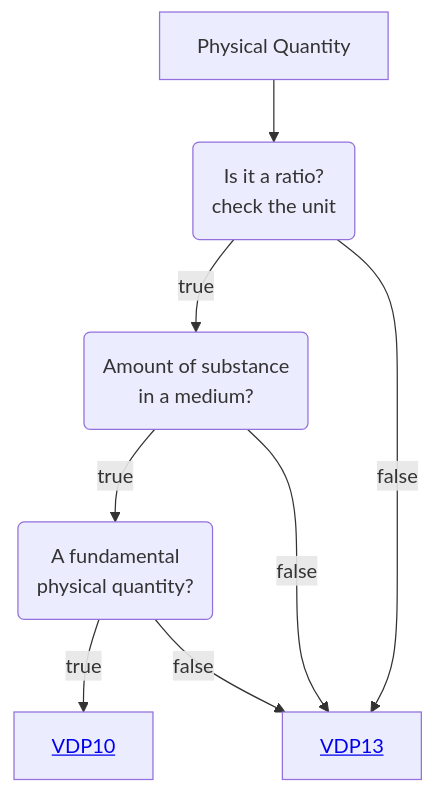
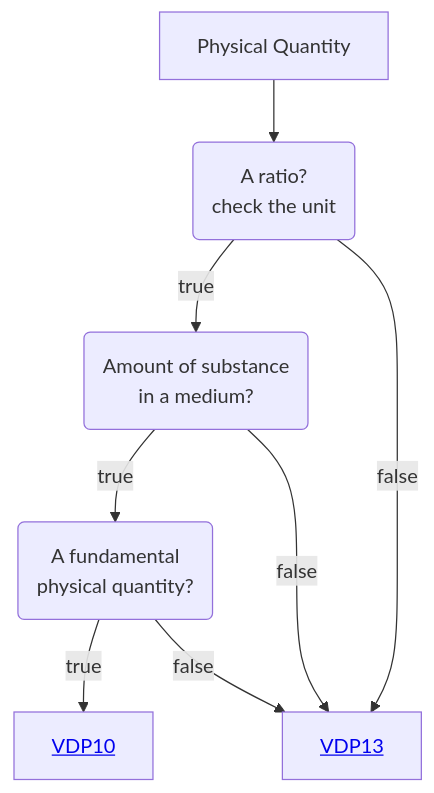
One commit to mabablue/I-ADOPT-patterns-playground changed the diagram in Decisition_trees/DT2.mmd. Above: the diagram before and after it, drawn with Mermaid.

```diff
--- a/Decisition_trees/DT2.mmd
+++ b/Decisition_trees/DT2.mmd
@@ -1,8 +1,8 @@
 flowchart TD
-    A[Physical Quantity] --> B(Is it a ratio?<br>check the unit)
+    A[Physical Quantity] --> B(A ratio?<br>check the unit)
     B --> |true|C(Amount of substance <br> in a medium?) 
     B --> |false|D[<a href='https://github.com/mabablue/I-ADOPT-patterns-playground/blob/main/pattern/VDP13.yaml'>VDP13</a>]
     C --> |true|E(A fundamental <br> physical quantity?)
     C --> |false|D
     E --> |true|F[<a href='https://github.com/mabablue/I-ADOPT-patterns-playground/blob/main/pattern/VDP10.yaml'>VDP10</a>]
     E --> |false|D
```
